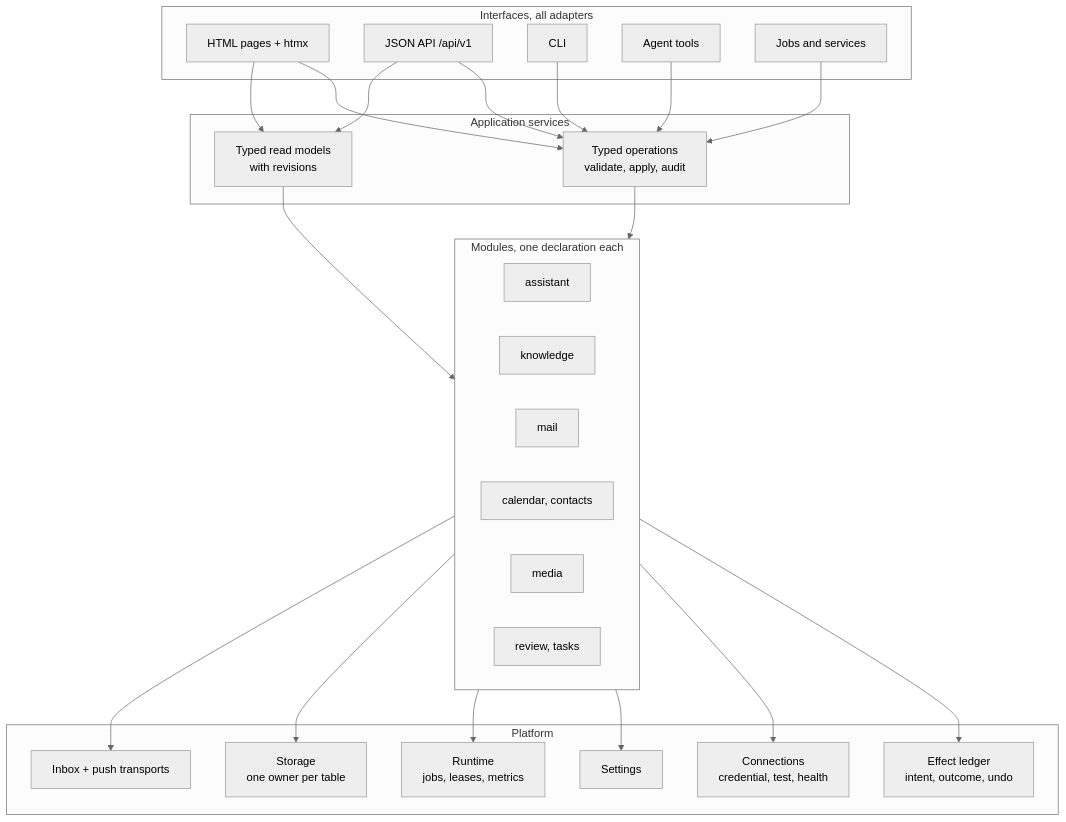
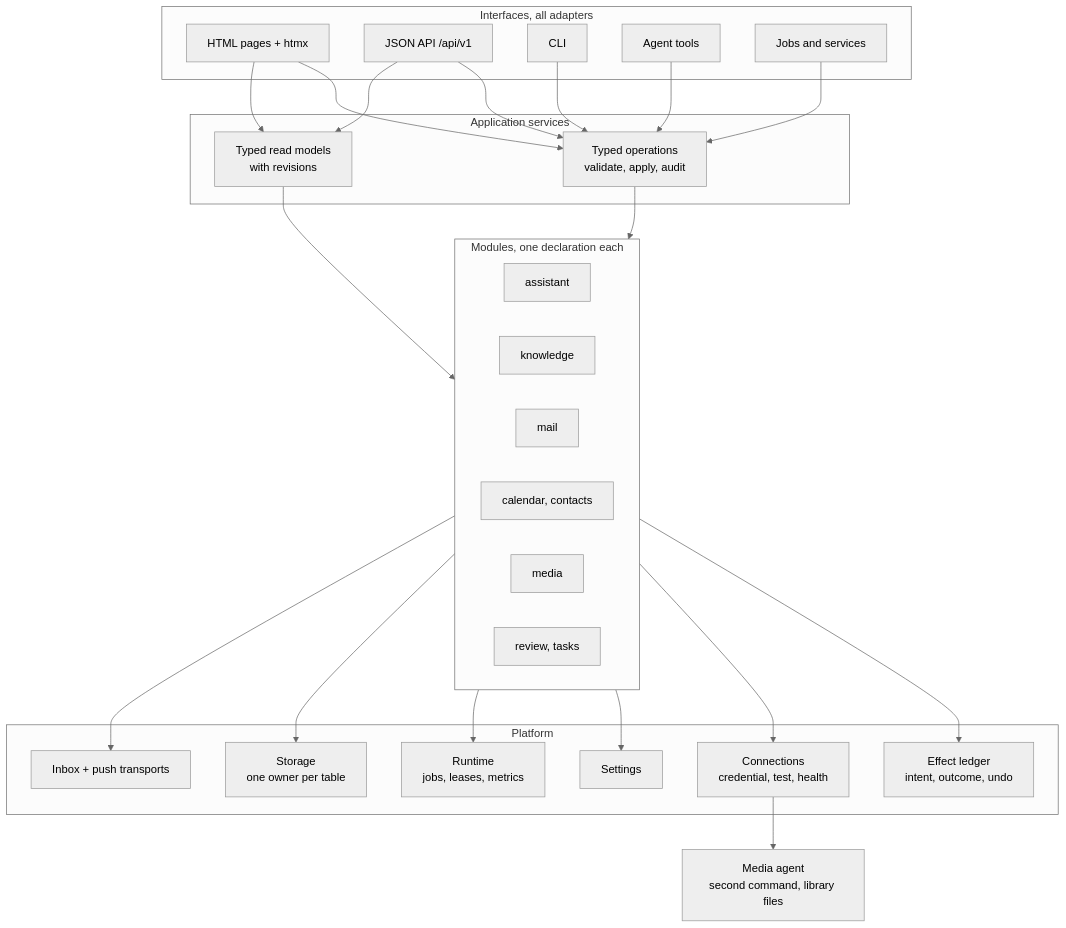
The fifth of 7 diagrams in docs/review/2026-11-architecture-review.md (jeiang/atrium), drawn with Mermaid (neutral theme) before and after one commit. The commit also changed other lines of this file, not shown here.

````diff
--- a/docs/review/2026-11-architecture-review.md
+++ b/docs/review/2026-11-architecture-review.md
@@ -434,45 +434,47 @@
 ```mermaid
 flowchart TB
   subgraph clients["Interfaces, all adapters"]
     html["HTML pages + htmx"]
     api["JSON API /api/v1"]
     cli["CLI"]
     agent["Agent tools"]
     jobs["Jobs and services"]
   end
   subgraph app["Application services"]
     ops["Typed operations<br/>validate, apply, audit"]
     read["Typed read models<br/>with revisions"]
   end
   subgraph domain["Modules, one declaration each"]
     assistantm["assistant"]
     knowledge["knowledge"]
     mail["mail"]
     calendar["calendar, contacts"]
     media["media"]
     review["review, tasks"]
   end
   subgraph platform["Platform"]
     effects["Effect ledger<br/>intent, outcome, undo"]
     conns["Connections<br/>credential, test, health"]
     settings["Settings"]
     runtime["Runtime<br/>jobs, leases, metrics"]
     store["Storage<br/>one owner per table"]
     inbox["Inbox + push transports"]
   end
   html --> ops
   api --> ops
   cli --> ops
   agent --> ops
   jobs --> ops
   html --> read
   api --> read
   ops --> domain
   read --> domain
   domain --> effects
   domain --> conns
   domain --> settings
   domain --> runtime
   domain --> store
   domain --> inbox
+  agentm["Media agent<br/>second command, library files"]
+  conns --> agentm
 ```
````
